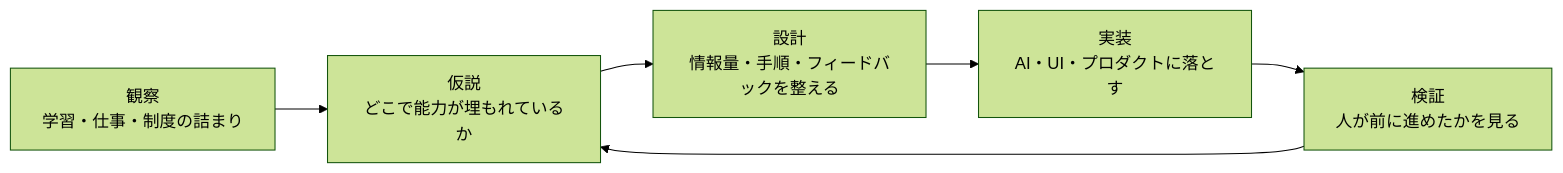
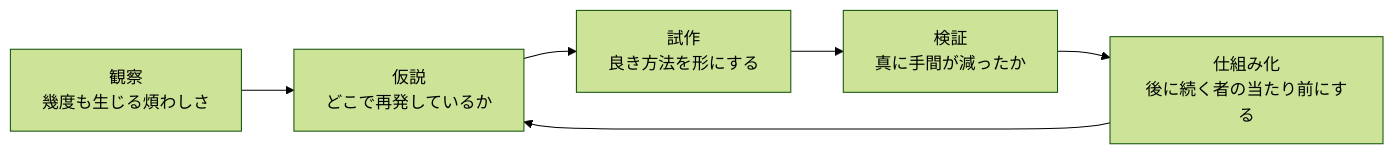
The diagram in about.qmd (SerikaYuzuki/Developing-Journal), drawn with Mermaid (forest theme) before and after one commit. The commit also changed other lines of this file, not shown here.

````diff
--- a/about.qmd
+++ b/about.qmd
@@ -18,8 +26,8 @@
 ```{mermaid}
 flowchart LR
-  A["観察<br/>学習・仕事・制度の詰まり"] --> B["仮説<br/>どこで能力が埋もれているか"]
-  B --> C["設計<br/>情報量・手順・フィードバックを整える"]
-  C --> D["実装<br/>AI・UI・プロダクトに落とす"]
-  D --> E["検証<br/>人が前に進めたかを見る"]
+  A["観察<br/>幾度も生じる煩わしさ"] --> B["仮説<br/>どこで再発しているか"]
+  B --> C["試作<br/>良き方法を形にする"]
+  C --> D["検証<br/>真に手間が減ったか"]
+  D --> E["仕組み化<br/>後に続く者の当たり前にする"]
   E --> B
 ```
````
